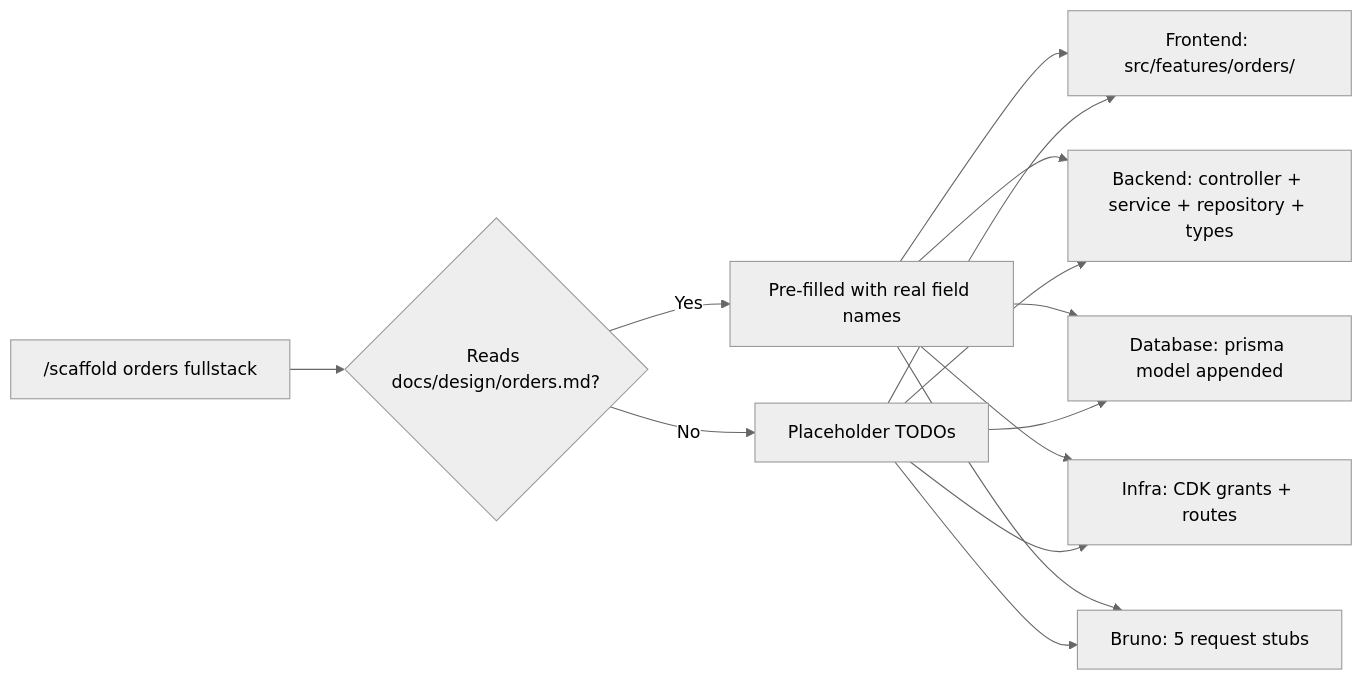
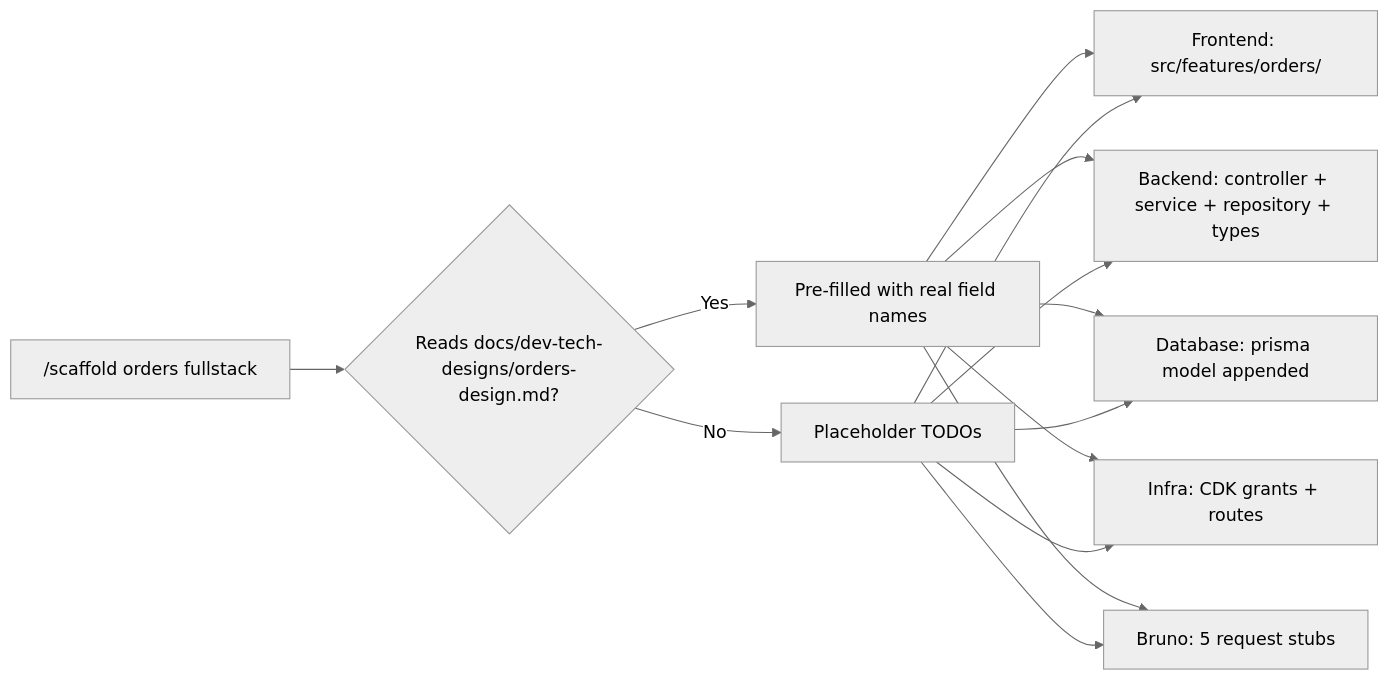
Before and after one commit to manikumarkv/devrunway-claude-plugin: the ninth of 13 diagrams in README.md, drawn with Mermaid (neutral theme). The commit also changed other lines of this file, not shown here.

First line of the commit message:
docs(readme): fix stale refs, add document chain diagram, document all utility commands

````diff
--- a/README.md
+++ b/README.md
@@ -192,11 +222,11 @@
 ```mermaid
 flowchart LR
-    A["/scaffold orders fullstack"] --> B{"Reads docs/design/orders.md?"}
+    A["/scaffold orders fullstack"] --> B{"Reads docs/dev-tech-designs/orders-design.md?"}
     B -->|Yes| C[Pre-filled with real field names]
     B -->|No| D[Placeholder TODOs]
     C & D --> E["Frontend: src/features/orders/"]
     C & D --> F["Backend: controller + service + repository + types"]
     C & D --> G["Database: prisma model appended"]
     C & D --> H["Infra: CDK grants + routes"]
     C & D --> I["Bruno: 5 request stubs"]
 ```
````
